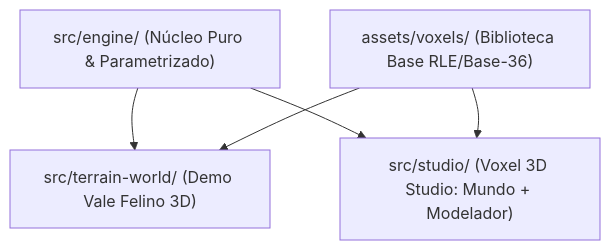
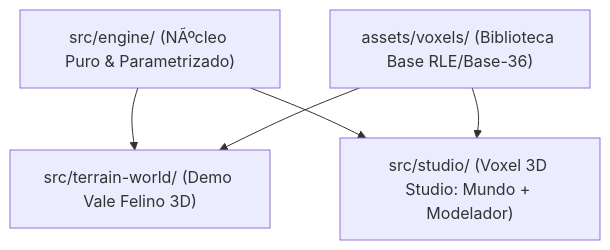
The diagram in docs/STUDIO_ACTION_PLAN.md (ruishalm/PixelArtSkill), drawn with Mermaid before and after one commit. The commit also changed other lines of this file and 9 other files, not shown here.

````diff
--- a/docs/STUDIO_ACTION_PLAN.md
+++ b/docs/STUDIO_ACTION_PLAN.md
@@ -14,12 +14,12 @@
 ```mermaid
 flowchart TD
-  E["src/engine/ (Núcleo Puro & Parametrizado)"]
+  E["src/engine/ (NÃºcleo Puro & Parametrizado)"]
   W["src/terrain-world/ (Demo Vale Felino 3D)"]
   S["src/studio/ (Voxel 3D Studio: Mundo + Modelador)"]
   A["assets/voxels/ (Biblioteca Base RLE/Base-36)"]
 
   E --> W
   E --> S
   A --> W
   A --> S
 ```
````
